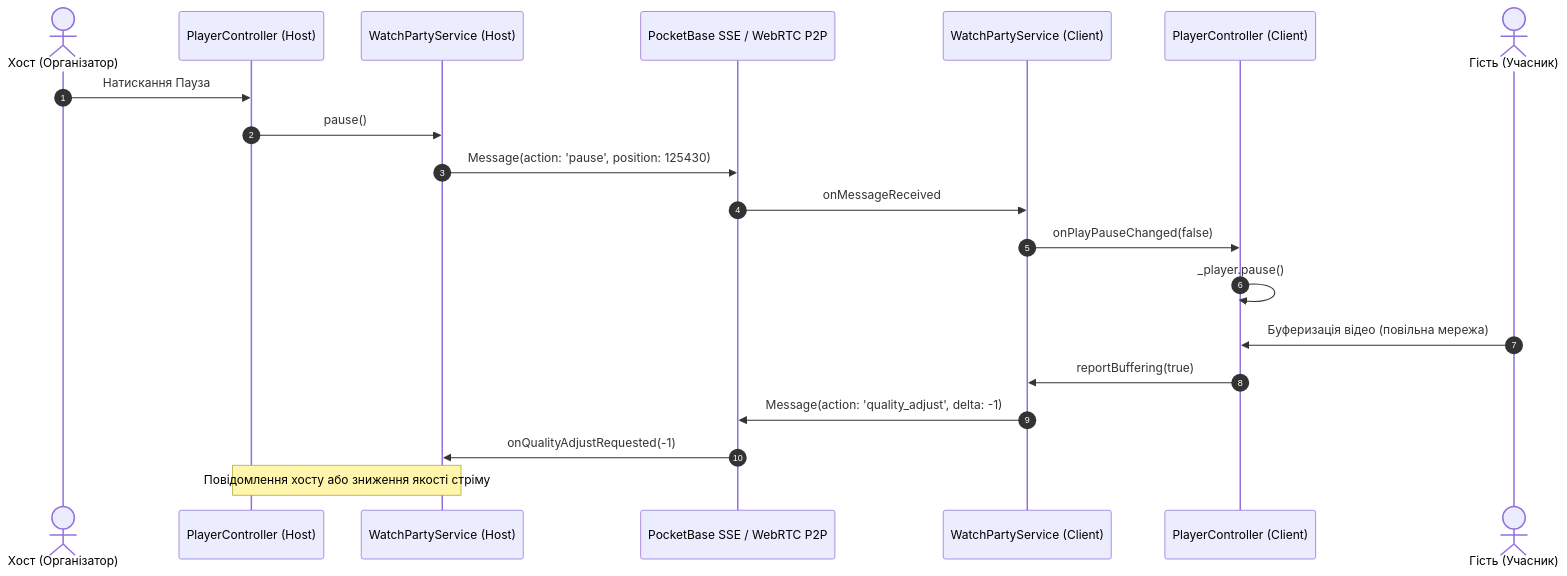
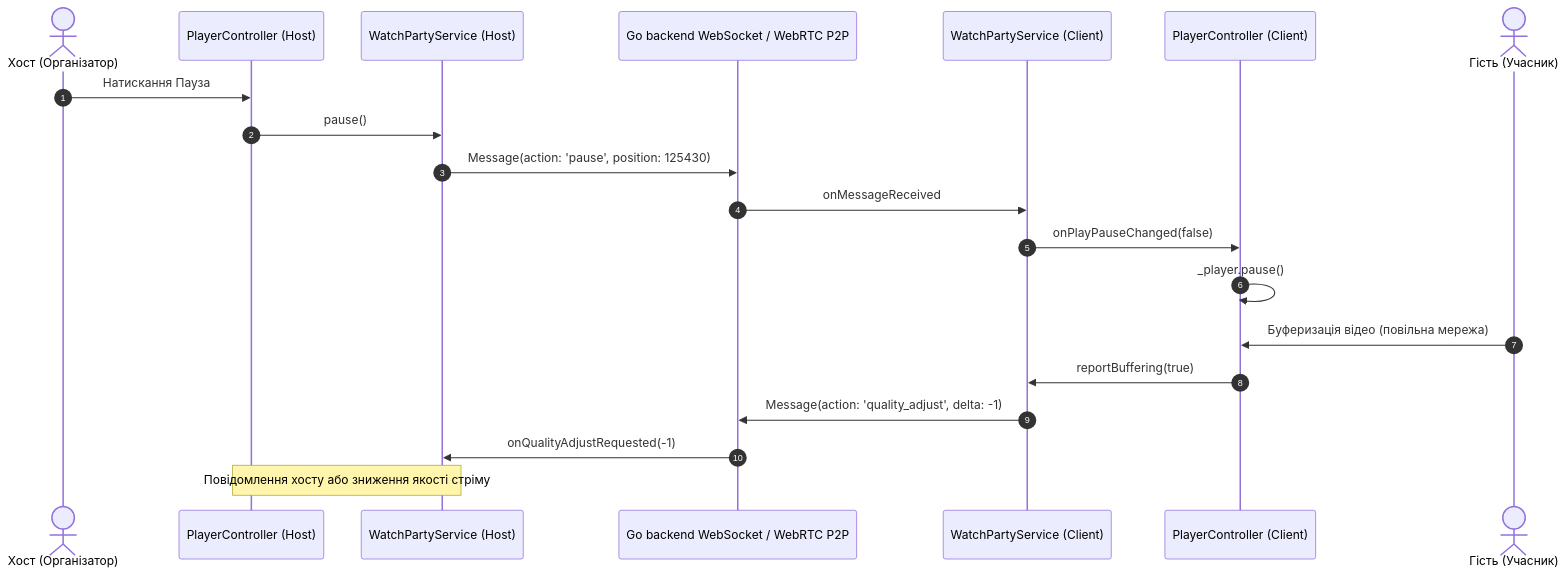
Before and after one commit to edhases/kadrbox: diagram 11 of 11 in docs/05_STATE_MANAGEMENT_AND_WORKFLOWS.md, drawn with Mermaid. The commit also changed other lines of this file and 17 other files, not shown here.

````diff
--- a/docs/05_STATE_MANAGEMENT_AND_WORKFLOWS.md
+++ b/docs/05_STATE_MANAGEMENT_AND_WORKFLOWS.md
@@ -624,24 +613,24 @@
 ```mermaid
 sequenceDiagram
     autonumber
     actor Host as Хост (Організатор)
     participant HP as PlayerController (Host)
     participant WPS_H as WatchPartyService (Host)
-    participant Channel as PocketBase SSE / WebRTC P2P
+    participant Channel as Go backend WebSocket / WebRTC P2P
     participant WPS_C as WatchPartyService (Client)
     participant CP as PlayerController (Client)
     actor Client as Гість (Учасник)
 
     Host->>HP: Натискання Пауза
     HP->>WPS_H: pause()
     WPS_H->>Channel: Message(action: 'pause', position: 125430)
     Channel->>WPS_C: onMessageReceived
     WPS_C->>CP: onPlayPauseChanged(false)
     CP->>CP: _player.pause()
 
     Client->>CP: Буферизація відео (повільна мережа)
     CP->>WPS_C: reportBuffering(true)
     WPS_C->>Channel: Message(action: 'quality_adjust', delta: -1)
     Channel->>WPS_H: onQualityAdjustRequested(-1)
     Note over WPS_H,HP: Повідомлення хосту або зниження якості стріму
 ```
````
